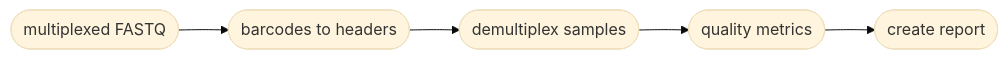
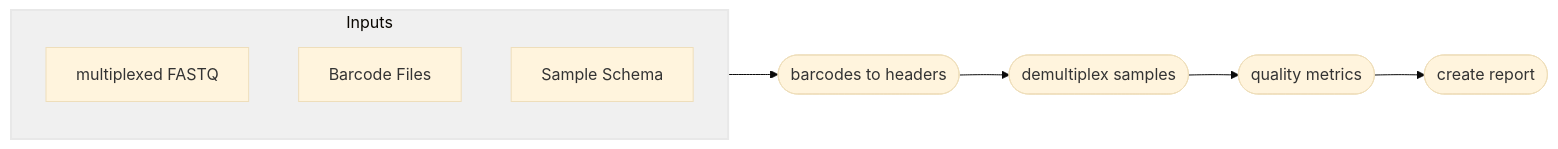
One commit to pdimens/harpy changed the diagram in Modules/demultiplex.md. Above: the diagram before and after it, drawn with Mermaid (base theme). The commit also changed 10 other files, not shown here.

Commit message:
make all the mermaids nicer

````diff
--- a/Modules/demultiplex.md
+++ b/Modules/demultiplex.md
@@ -72,7 +72,13 @@
 ```mermaid
 graph LR
-    A([multiplexed FASTQ]) --> B([barcodes to headers])
+    subgraph Inputs
+        A[multiplexed FASTQ]
+        BX[Barcode Files]
+        SCH[Sample Schema]
+    end
+    Inputs-->B([barcodes to headers])
     B-->C([demultiplex samples])
     C-->D([quality metrics])
     D-->E([create report])
+    style Inputs fill:#f0f0f0,stroke:#e8e8e8,stroke-width:2px
 ```
````
